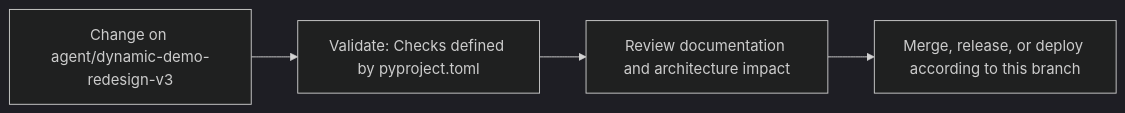
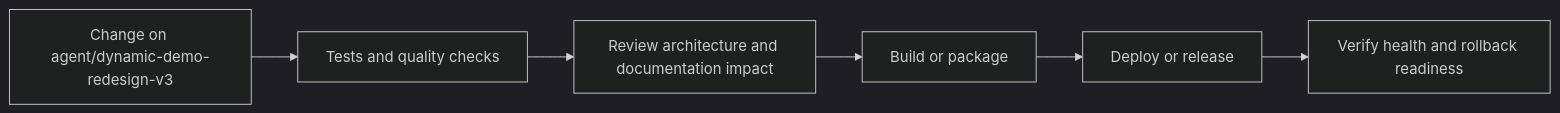
Before and after one commit to Nischhalsubba/HajiriFlow: the seventh of 8 diagrams in README.md, drawn with Mermaid (dark theme). The commit also changed other lines of this file, not shown here.

````diff
--- a/README.md
+++ b/README.md
@@ -67,8 +193,8 @@
 ```mermaid
 flowchart LR
-    CHANGE["Change on agent/dynamic-demo-redesign-v3"]
-    CHECK["Validate: Checks defined by pyproject.toml"]
-    REVIEW["Review documentation and architecture impact"]
-    RELEASE["Merge, release, or deploy according to this branch"]
-    CHANGE --> CHECK --> REVIEW --> RELEASE
+    CHANGE["Change on agent/dynamic-demo-redesign-v3"] --> CHECK["Tests and quality checks"]
+    CHECK --> REVIEW["Review architecture and documentation impact"]
+    REVIEW --> BUILD["Build or package"]
+    BUILD --> DEPLOY["Deploy or release"]
+    DEPLOY --> VERIFY["Verify health and rollback readiness"]
 ```
````
